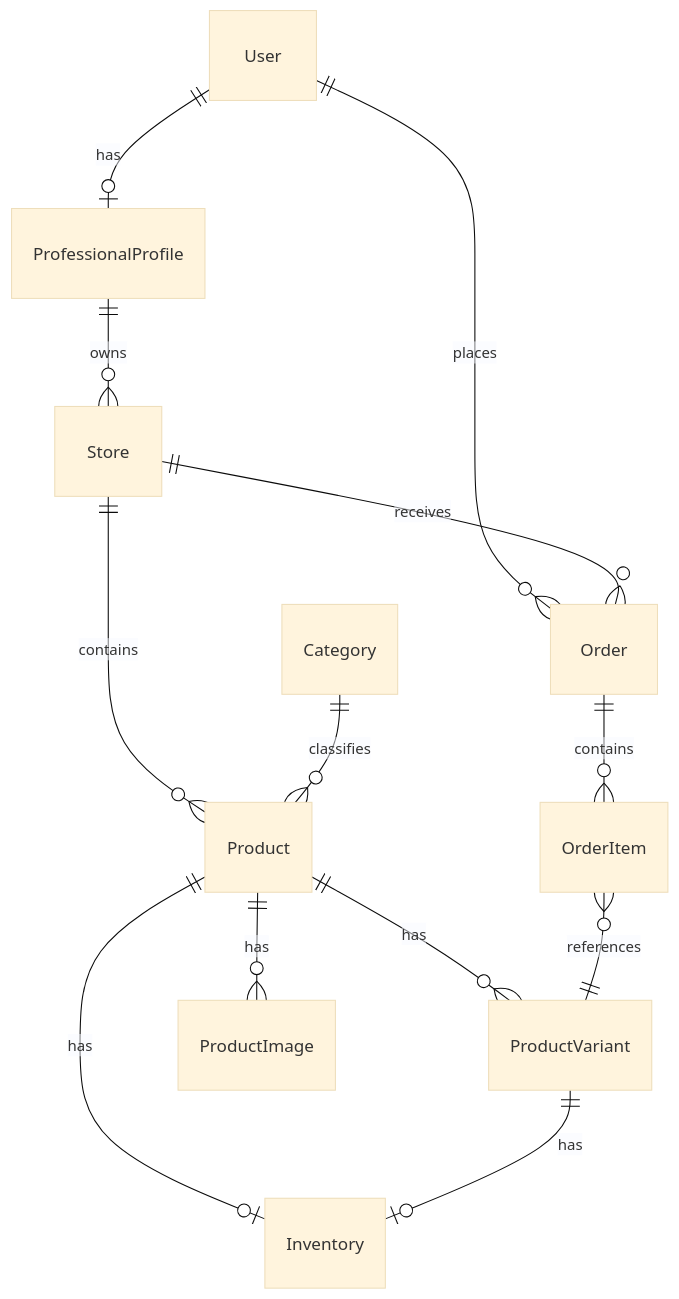
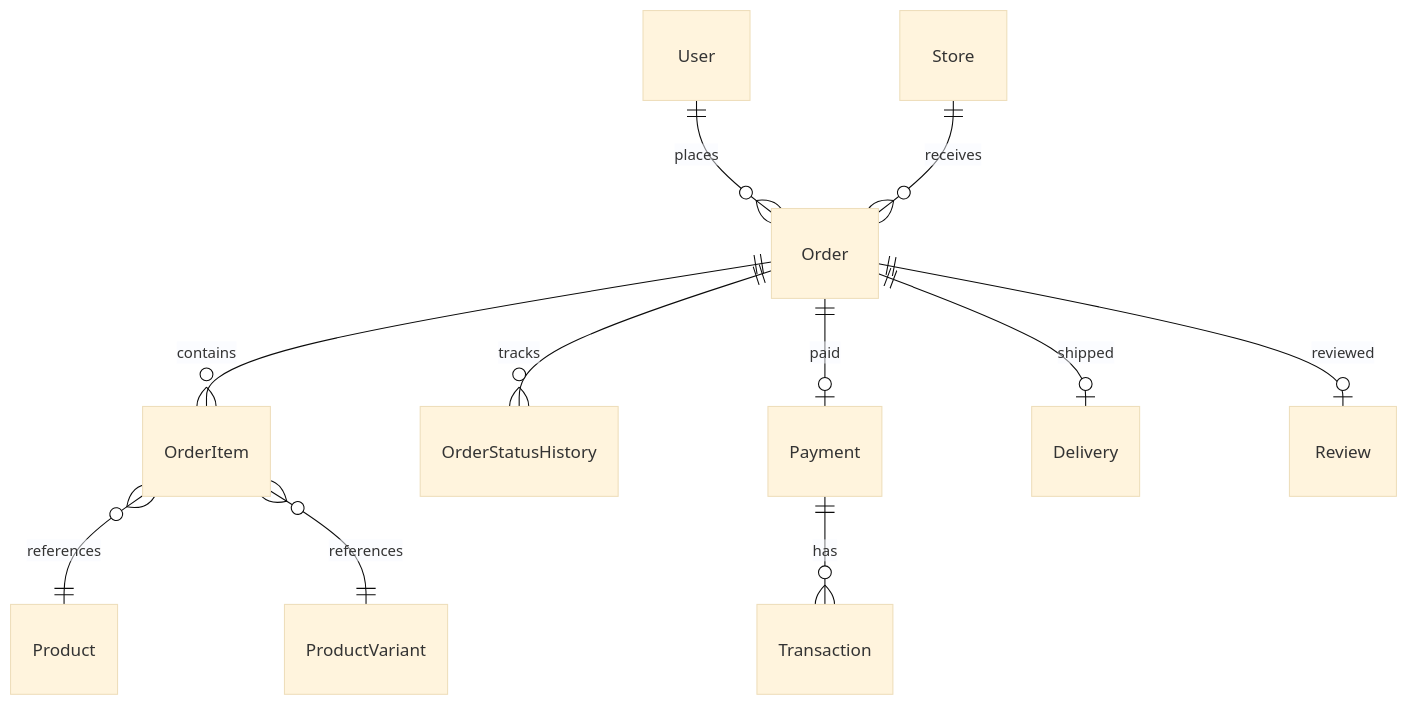
One commit to dsarrus/D-m-Pro changed the fourth of 5 diagrams in demepro/docs/blueprint/05-data/entity-relationship.md. Above: the diagram before and after it, drawn with Mermaid (base theme). The commit also changed other lines of this file and 69 other files, not shown here.

First line of the commit message:
feat(store+category+verification): phase 3 complète Modules ajoutés: - Store: mono-boutique par professionnel, slug unique, statuts - Category: hiérarchie 3 niveaux max, admin-only - Verification: système progressif BASIC → TRUSTED → CERTIFIED

````diff
--- a/demepro/docs/blueprint/05-data/entity-relationship.md
+++ b/demepro/docs/blueprint/05-data/entity-relationship.md
@@ -9,15 +161,13 @@
 ```mermaid
 erDiagram
-    User ||--o| ProfessionalProfile : has
-    ProfessionalProfile ||--o{ Store : owns
-    Store ||--o{ Product : contains
-    Category ||--o{ Product : classifies
-    Product ||--o{ ProductVariant : has
-    Product ||--o{ ProductImage : has
-    Product ||--o| Inventory : has
-    ProductVariant ||--o| Inventory : has
     User ||--o{ Order : places
     Store ||--o{ Order : receives
     Order ||--o{ OrderItem : contains
+    Order ||--o{ OrderStatusHistory : tracks
+    Order ||--o| Payment : paid
+    Order ||--o| Delivery : shipped
+    Order ||--o| Review : reviewed
+    OrderItem }o--|| Product : references
     OrderItem }o--|| ProductVariant : references
+    Payment ||--o{ Transaction : has
 ```
````
